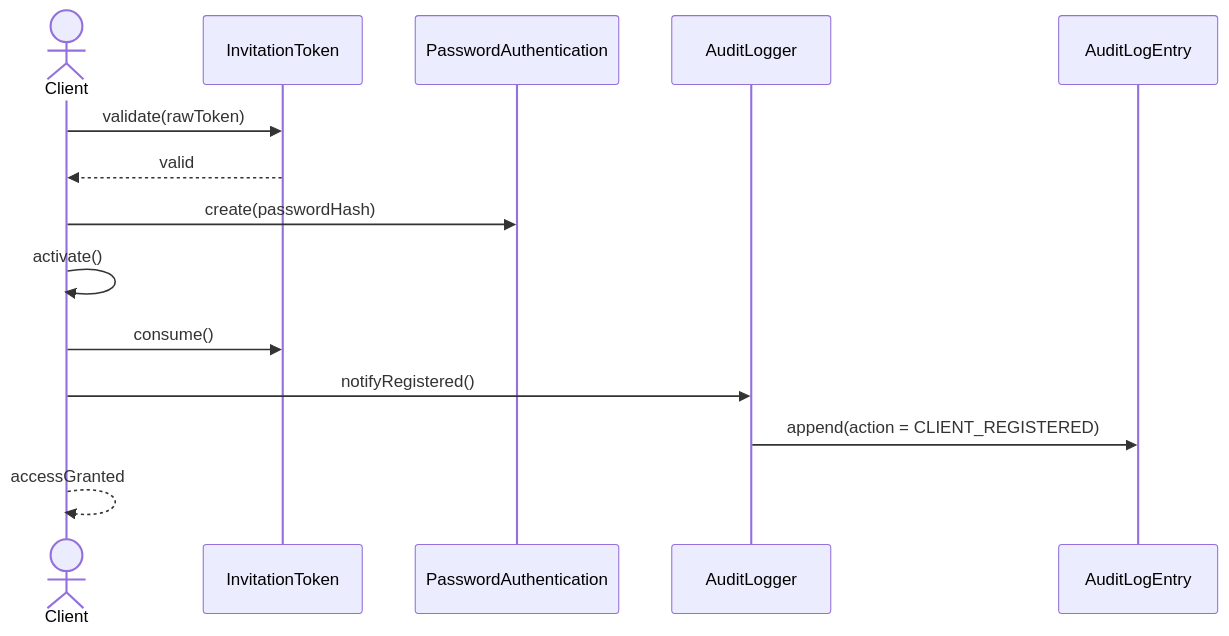
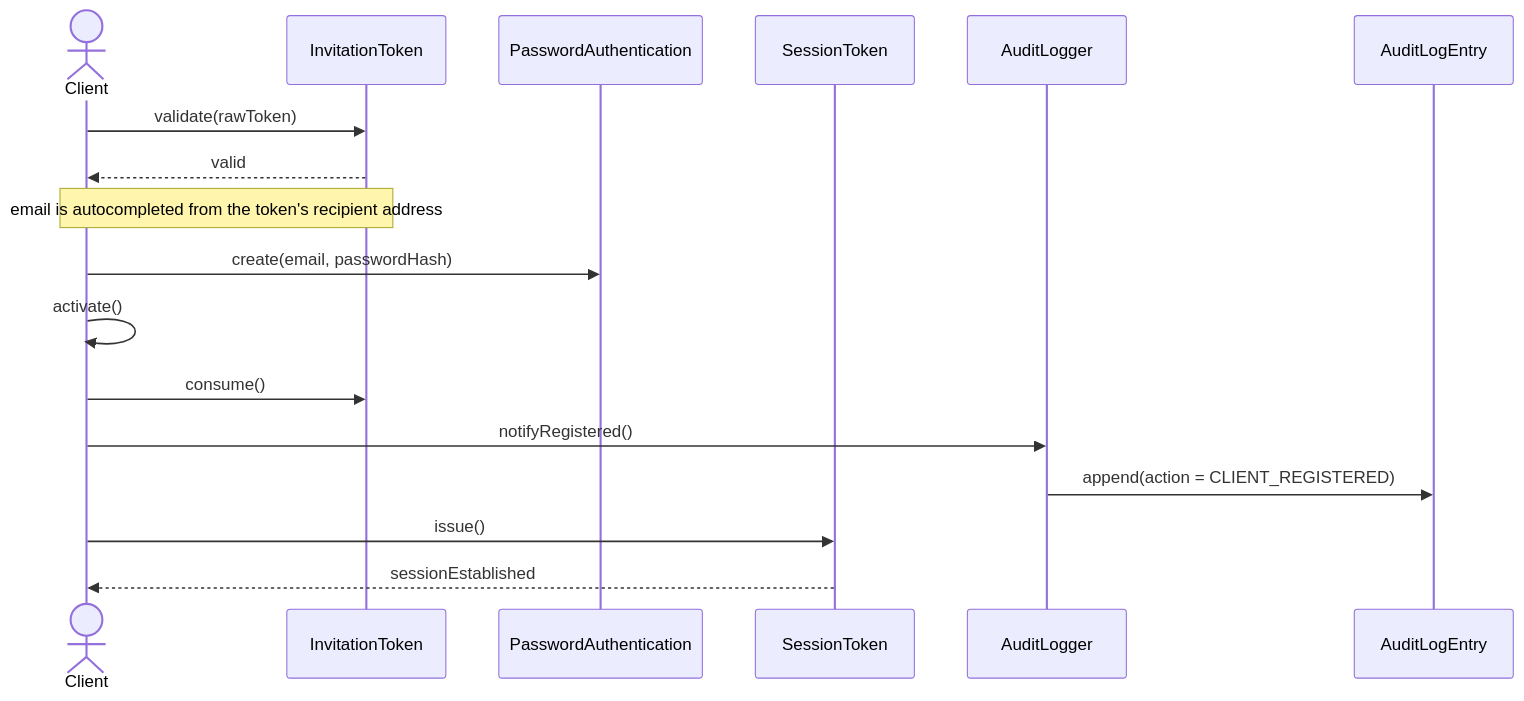
The ninth of 16 diagrams in docs/CMMS-AnalysisWorkflow.md (mariogarcia79/cmms-platform), drawn with Mermaid before and after one commit. The commit also changed other lines of this file, not shown here.

````diff
--- a/docs/CMMS-AnalysisWorkflow.md
+++ b/docs/CMMS-AnalysisWorkflow.md
@@ -364,16 +376,19 @@
 ```mermaid
 sequenceDiagram
     actor Client
     participant InvitationToken
     participant PasswordAuthentication
+    participant SessionToken
     participant Auditor as AuditLogger
 
     Client->>InvitationToken: validate(rawToken)
     InvitationToken-->>Client: valid
-    Client->>PasswordAuthentication: create(passwordHash)
+    Note over Client,InvitationToken: email is autocompleted from the token's recipient address
+    Client->>PasswordAuthentication: create(email, passwordHash)
     Client->>Client: activate()
     Client->>InvitationToken: consume()
     Client->>Auditor: notifyRegistered()
     Auditor->>AuditLogEntry: append(action = CLIENT_REGISTERED)
-    Client-->>Client: accessGranted
+    Client->>SessionToken: issue()
+    SessionToken-->>Client: sessionEstablished
 ```
````
